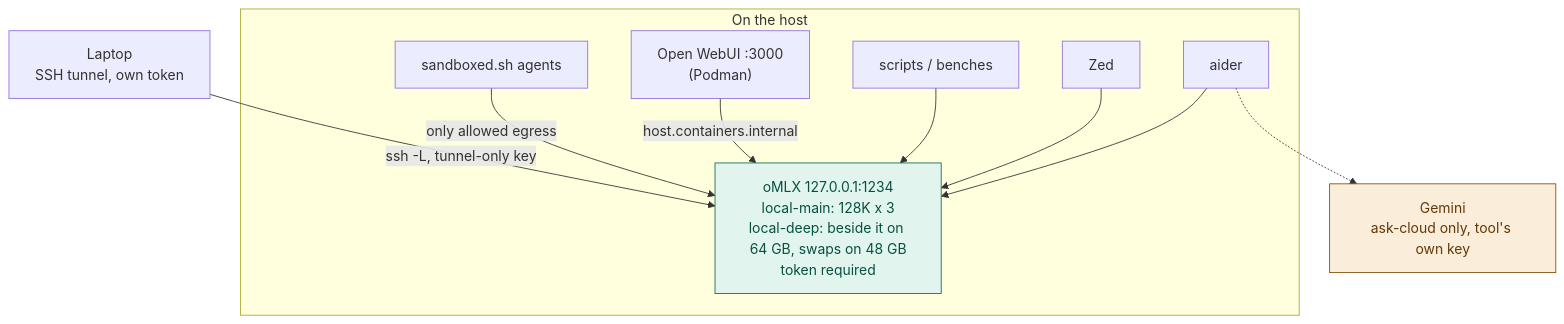
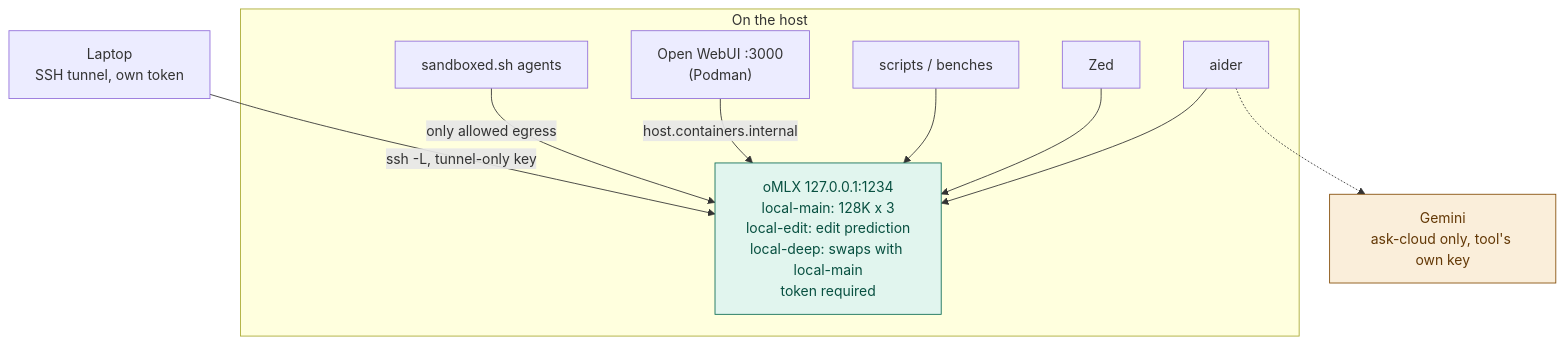
One commit to ouster/hearth changed the diagram in docs/ARCHITECTURE.md. Above: the diagram before and after it, drawn with Mermaid. The commit also changed other lines of this file and 28 other files, not shown here.

First line of the commit message:
Add local-edit for editor edit prediction; local-deep swaps on 64 GB.

````diff
--- a/docs/ARCHITECTURE.md
+++ b/docs/ARCHITECTURE.md
@@ -10,27 +10,27 @@
 ```mermaid
 flowchart TB
     subgraph onHost["On the host"]
         aider["aider"]
         zed["Zed"]
         scripts["scripts / benches"]
         webui["Open WebUI :3000<br/>(Podman)"]
         sbx["sandboxed.sh agents"]
-        srv["oMLX 127.0.0.1:1234<br/>local-main: 128K x 3<br/>local-deep: beside it on 64 GB, swaps on 48 GB<br/>token required"]
+        srv["oMLX 127.0.0.1:1234<br/>local-main: 128K x 3<br/>local-edit: edit prediction<br/>local-deep: swaps with local-main<br/>token required"]
     end
 
     laptop["Laptop<br/>SSH tunnel, own token"]
     cloud["Gemini<br/>ask-cloud only, tool's own key"]
 
     aider --> srv
     zed --> srv
     scripts --> srv
     webui -->|"host.containers.internal"| srv
     sbx -->|"only allowed egress"| srv
     laptop -->|"ssh -L, tunnel-only key"| srv
     aider -.-> cloud
 
     classDef localCls fill:#E1F5EE,stroke:#0F6E56,color:#085041
     classDef leaveCls fill:#FAEEDA,stroke:#854F0B,color:#633806
     class srv localCls
     class cloud leaveCls
 ```
````
